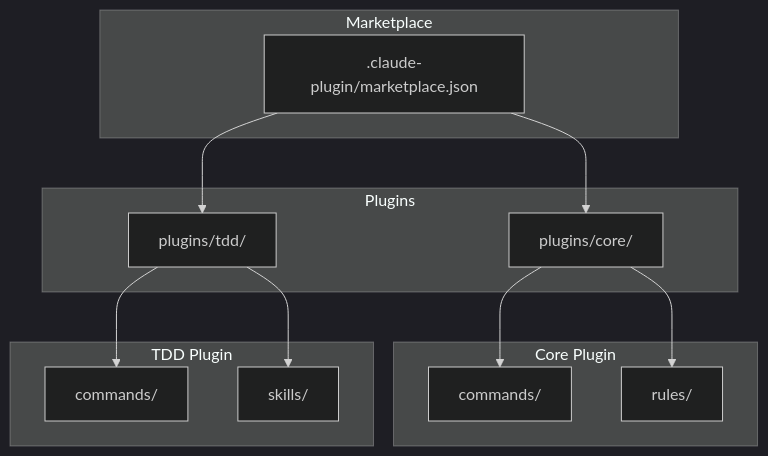
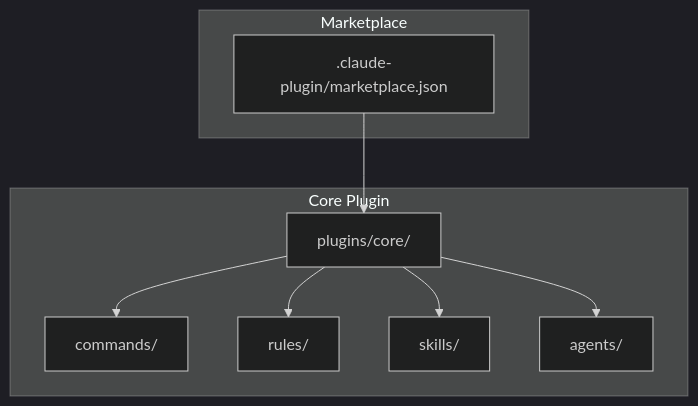
Before and after one commit to qmu/workaholic: the first of 3 diagrams in .work/specs/developer-guide/architecture_ja.md, drawn with Mermaid (dark theme). The commit also changed other lines of this file and 11 other files, not shown here.

First line of the commit message:
Sync documentation with TDD plugin merge and story changes

````diff
--- a/.work/specs/developer-guide/architecture_ja.md
+++ b/.work/specs/developer-guide/architecture_ja.md
@@ -17,24 +17,18 @@
 ```mermaid
 flowchart TD
     subgraph Marketplace
         M[.claude-plugin/marketplace.json]
     end
-    subgraph Plugins
+    subgraph Core Plugin
         P1[plugins/core/]
-        P2[plugins/tdd/]
-    end
-    subgraph Core Plugin
         C1[commands/]
         C2[rules/]
-    end
-    subgraph TDD Plugin
-        T1[commands/]
-        T2[skills/]
+        C3[skills/]
+        C4[agents/]
     end
     M --> P1
-    M --> P2
     P1 --> C1
     P1 --> C2
-    P2 --> T1
-    P2 --> T2
+    P1 --> C3
+    P1 --> C4
 ```
````
